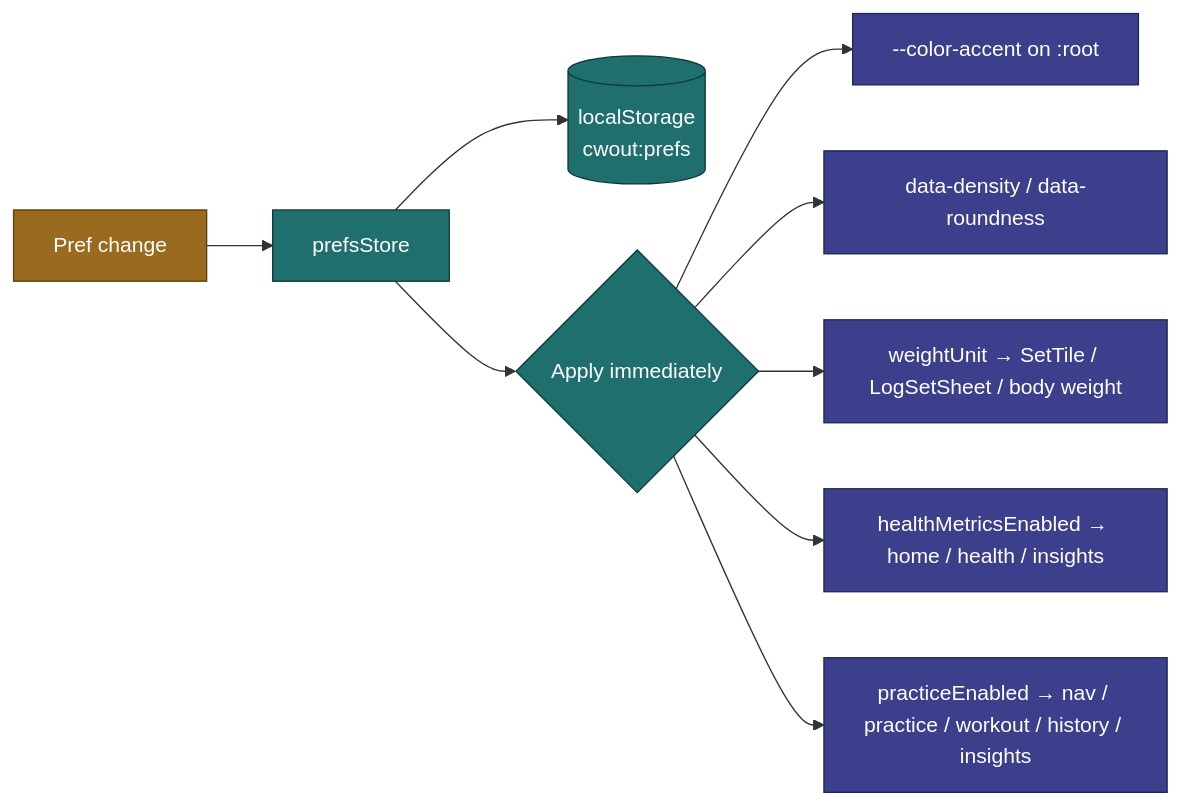
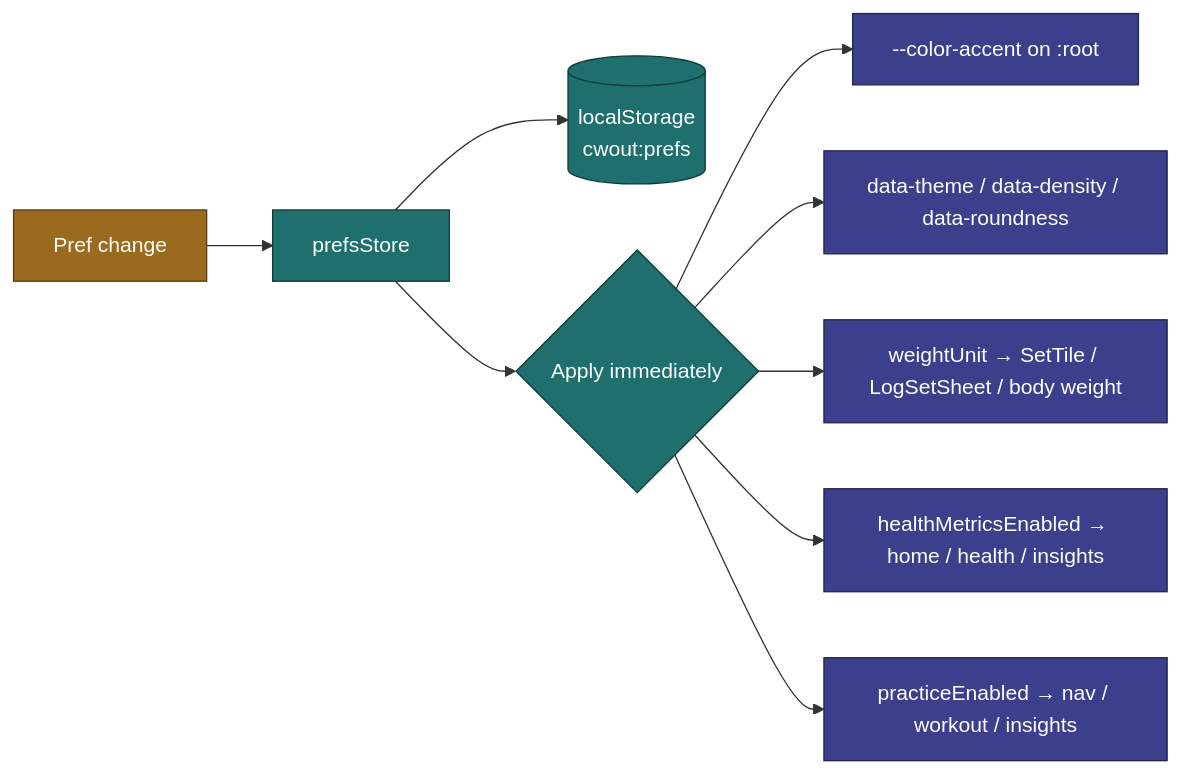
Before and after one commit to jermbo/CosmicWorkOut: the second of 2 diagrams in docs/requirements/settings-preferences.md, drawn with Mermaid. The commit also changed other lines of this file and 197 other files, not shown here.

````diff
--- a/docs/requirements/settings-preferences.md
+++ b/docs/requirements/settings-preferences.md
@@ -99,18 +101,18 @@
 ```mermaid
 flowchart LR
     Change[Pref change] --> Store[prefsStore]
     Store --> LS[("localStorage<br/>cwout:prefs")]
     Store --> Apply{Apply immediately}
     Apply --> CSS["--color-accent on :root"]
-    Apply --> Data["data-density / data-roundness"]
+    Apply --> Data["data-theme / data-density / data-roundness"]
     Apply --> Unit[weightUnit → SetTile / LogSetSheet / body weight]
     Apply --> Health[healthMetricsEnabled → home / health / insights]
-    Apply --> Practice[practiceEnabled → nav / practice / workout / history / insights]
+    Apply --> Work[practiceEnabled → nav / workout / insights]
 
     classDef trigger fill:#9a6a1f,stroke:#5c3f12,color:#ffffff;
     classDef store fill:#1f6f6f,stroke:#0f3a3a,color:#ffffff;
     classDef effect fill:#3b3f8c,stroke:#23264f,color:#ffffff;
     class Change trigger;
     class Store,LS,Apply store;
-    class CSS,Data,Unit,Health,Practice effect;
+    class CSS,Data,Unit,Health,Work effect;
 ```
````
